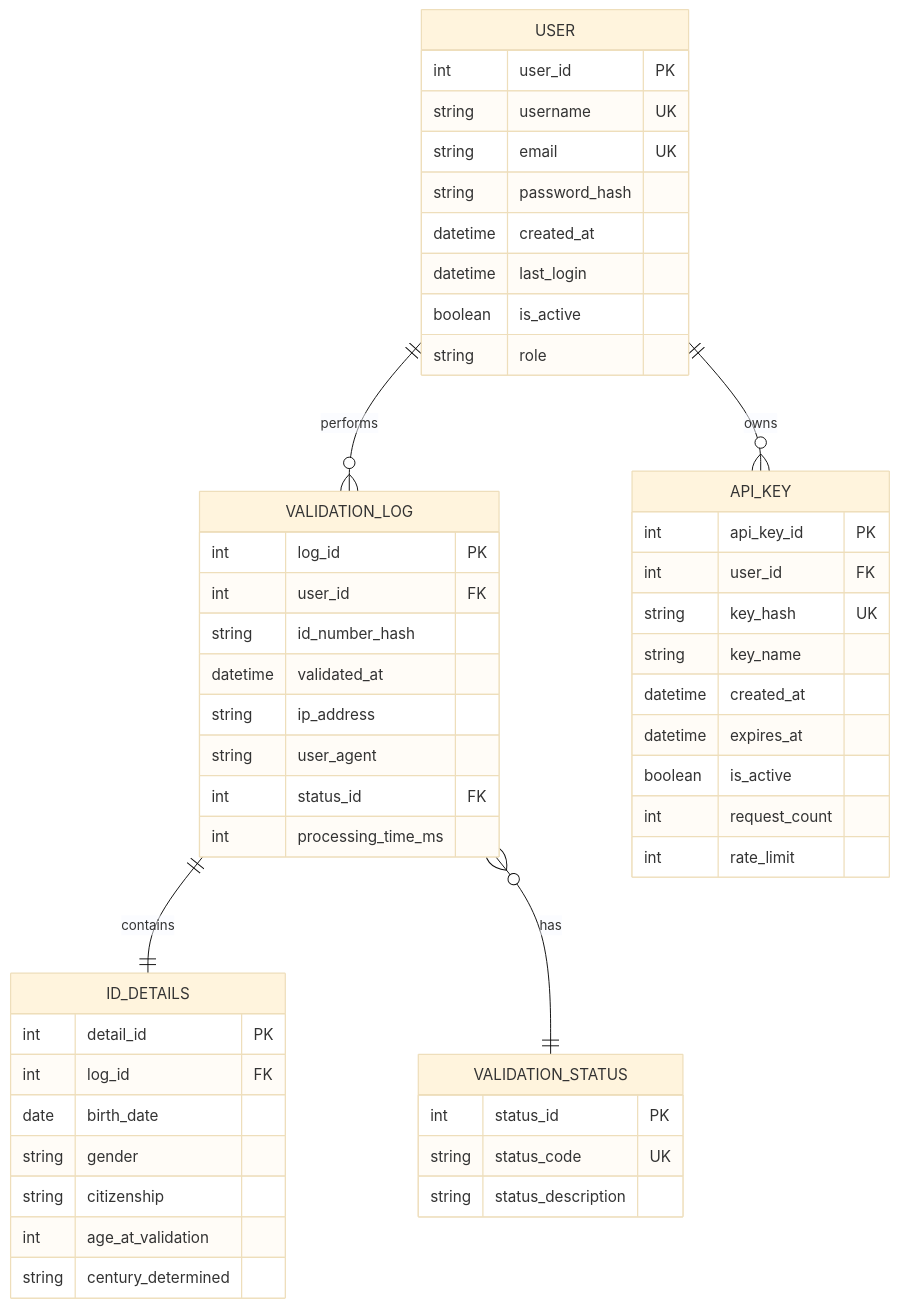
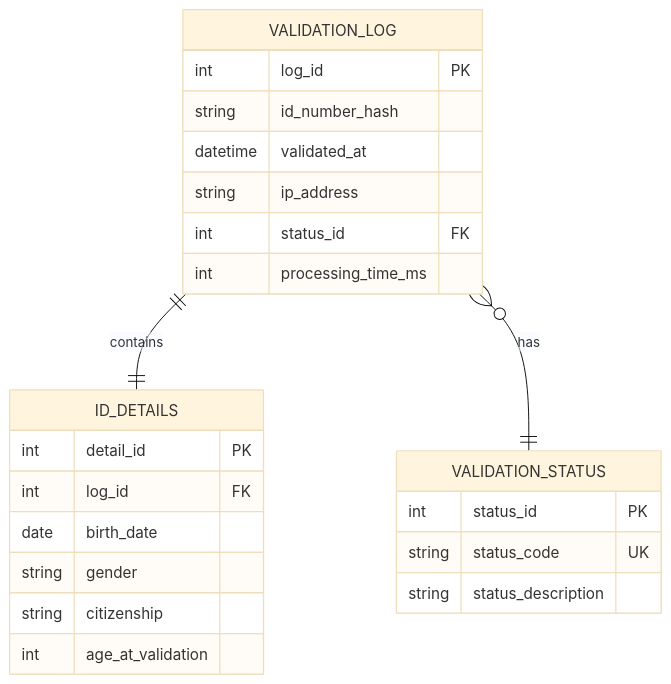
The diagram in README.md (Thapelo-Lekhuane/SA-ID-Validation), drawn with Mermaid (base theme) before and after one commit. The commit also changed other lines of this file, not shown here.

````diff
--- a/README.md
+++ b/README.md
@@ -958,57 +128,29 @@
 ```mermaid
 erDiagram
-    USER ||--o{ VALIDATION_LOG : performs
-    USER ||--o{ API_KEY : owns
     VALIDATION_LOG ||--|| ID_DETAILS : contains
     VALIDATION_LOG }o--|| VALIDATION_STATUS : has
     
-    USER {
-        int user_id PK
-        string username UK
-        string email UK
-        string password_hash
-        datetime created_at
-        datetime last_login
-        boolean is_active
-        string role
-    }
-    
-    API_KEY {
-        int api_key_id PK
-        int user_id FK
-        string key_hash UK
-        string key_name
-        datetime created_at
-        datetime expires_at
-        boolean is_active
-        int request_count
-        int rate_limit
-    }
-    
     VALIDATION_LOG {
         int log_id PK
-        int user_id FK
         string id_number_hash
         datetime validated_at
         string ip_address
-        string user_agent
         int status_id FK
         int processing_time_ms
     }
     
     ID_DETAILS {
         int detail_id PK
         int log_id FK
         date birth_date
         string gender
         string citizenship
         int age_at_validation
-        string century_determined
     }
     
     VALIDATION_STATUS {
         int status_id PK
         string status_code UK
         string status_description
     }
 ```
````
